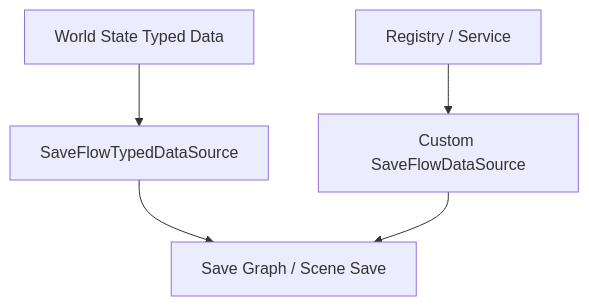
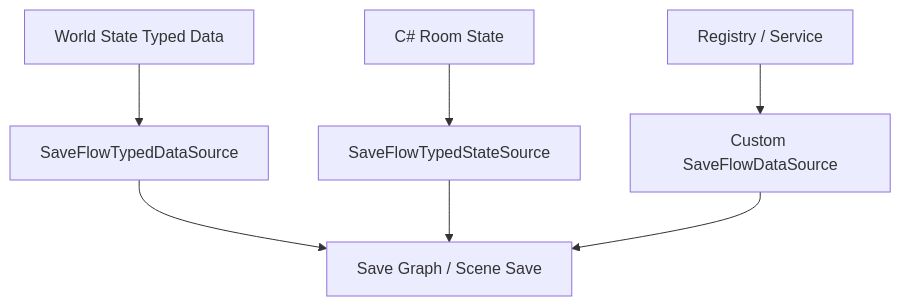
Before and after one commit to Zoroiscrying/saveflow-lite: the third of 6 diagrams in addons/saveflow_lite/docs/saveflow-concept-map.md, drawn with Mermaid. The commit also changed other lines of this file and 59 other files, not shown here.

````diff
--- a/addons/saveflow_lite/docs/saveflow-concept-map.md
+++ b/addons/saveflow_lite/docs/saveflow-concept-map.md
@@ -39,7 +41,9 @@
 ```mermaid
 flowchart TD
     A["World State Typed Data"] --> B["SaveFlowTypedDataSource"]
-    C["Registry / Service"] --> D["Custom SaveFlowDataSource"]
-    B --> E["Save Graph / Scene Save"]
-    D --> E
+    C["C# Room State"] --> C2["SaveFlowTypedStateSource"]
+    D["Registry / Service"] --> F["Custom SaveFlowDataSource"]
+    B --> G["Save Graph / Scene Save"]
+    C2 --> G
+    F --> G
 ```
````
